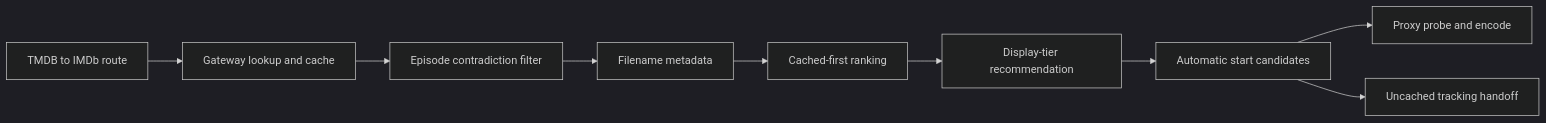
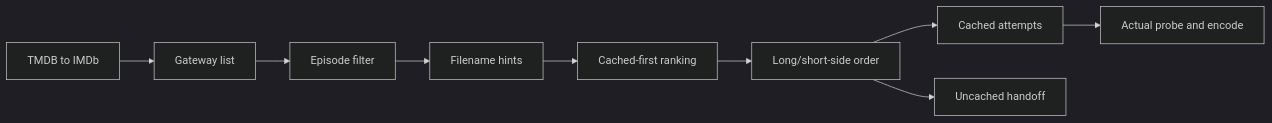
Before and after one commit to VeroxAUS/homestream: the diagram in droid-wiki/features/stream-selection.md, drawn with Mermaid (dark theme). The commit also changed other lines of this file and 57 other files, not shown here.

````diff
--- a/droid-wiki/features/stream-selection.md
+++ b/droid-wiki/features/stream-selection.md
@@ -57,11 +41,11 @@
 ```mermaid
 graph LR
-    Route[TMDB to IMDb route] --> Lookup[Gateway lookup and cache]
-    Lookup --> Filter[Episode contradiction filter]
-    Filter --> Parse[Filename metadata]
+    Identity[TMDB to IMDb] --> Gateway[Gateway list]
+    Gateway --> Filter[Episode filter]
+    Filter --> Parse[Filename hints]
     Parse --> Rank[Cached-first ranking]
-    Rank --> Device[Display-tier recommendation]
-    Device --> Candidates[Automatic start candidates]
-    Candidates --> Playback[Proxy probe and encode]
-    Candidates --> Download[Uncached tracking handoff]
+    Rank --> Device[Long/short-side order]
+    Device --> Cached[Cached attempts]
+    Device --> Download[Uncached handoff]
+    Cached --> Probe[Actual probe and encode]
 ```
````
